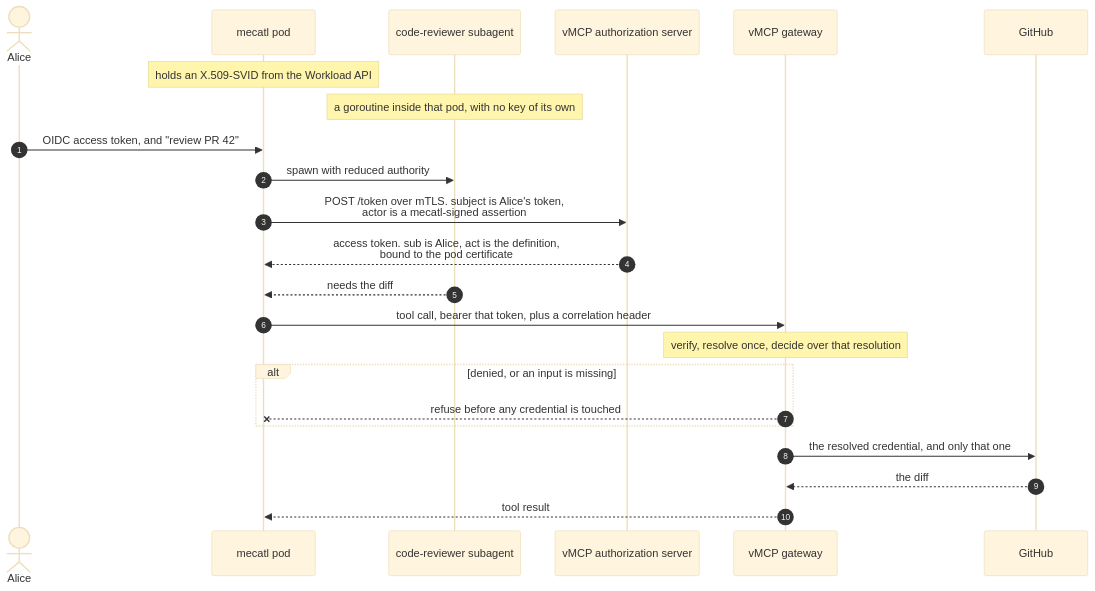
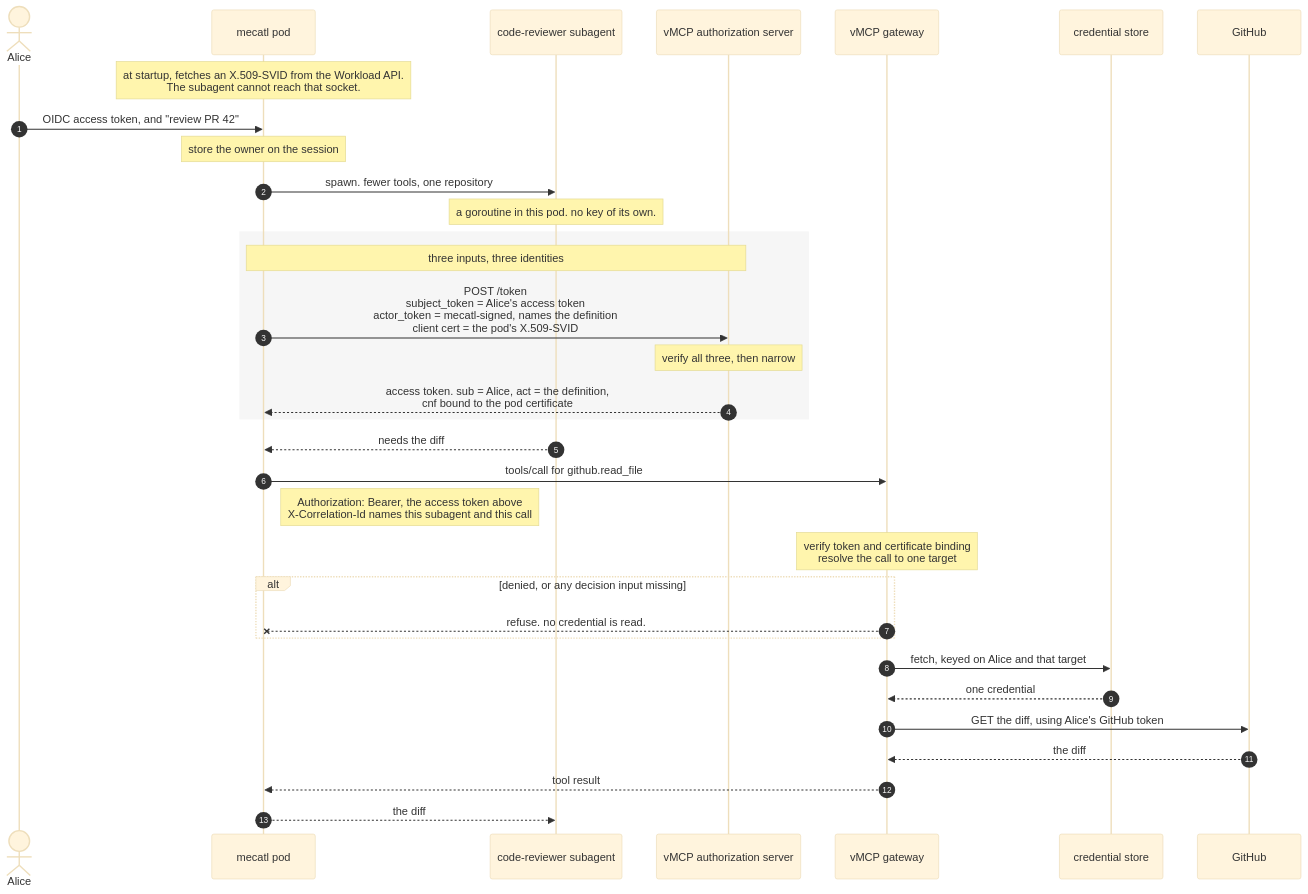
Before and after one commit to sabbanis/mecatl: the diagram in docs/agent-identity-outbound.md, drawn with Mermaid (base theme).

Commit message:
docs(agent-identity): make the diagram show what the design is about
Two things the sequence diagram left out, both load-bearing.

The pod's SVID appeared only in a note and as "over mTLS", which reads as a
transport detail rather than as one of three identities being proved. Hop 3's
whole argument is that subject, actor and client are separately authenticated —
the diagram showed two of them. The exchange now lists all three inputs.

And the credential fetch was not there at all. The gateway went straight to
GitHub, so the one step this design exists to move — read the credential only
after allow, keyed on the resolved target — was invisible. The credential store
is now a participant and the fetch is its own exchange, which also makes the
deny path meaningful: it says no credential is read, and you can see where that
read would have been.

Smaller fixes: the SVID acquisition is noted as a startup step with the detail
that the subagent cannot reach the socket, the owner-storing step at hop 1 is
shown, and the tool call is split from its headers because "bearer that token"
used bearer as a verb.

````diff
--- a/docs/agent-identity-outbound.md
+++ b/docs/agent-identity-outbound.md
@@ -104,27 +104,42 @@
 ```mermaid
 sequenceDiagram
     autonumber
     actor Alice
     participant M as mecatl pod
     participant S as code-reviewer subagent
     participant AS as vMCP authorization server
     participant G as vMCP gateway
+    participant V as credential store
     participant B as GitHub
 
-    Note over M: holds an X.509-SVID from the Workload API
-    Note over S: a goroutine inside that pod, with no key of its own
+    Note over M: at startup, fetches an X.509-SVID from the Workload API.<br/>The subagent cannot reach that socket.
 
     Alice->>M: OIDC access token, and "review PR 42"
-    M->>S: spawn with reduced authority
-    M->>AS: POST /token over mTLS. subject is Alice's token,<br/>actor is a mecatl-signed assertion
-    AS-->>M: access token. sub is Alice, act is the definition,<br/>bound to the pod certificate
+    Note over M: store the owner on the session
+
+    M->>S: spawn. fewer tools, one repository
+    Note over S: a goroutine in this pod. no key of its own.
+
+    rect rgba(128,128,128,0.07)
+    Note over M,AS: three inputs, three identities
+    M->>AS: POST /token<br/>subject_token = Alice's access token<br/>actor_token = mecatl-signed, names the definition<br/>client cert = the pod's X.509-SVID
+    Note over AS: verify all three, then narrow
+    AS-->>M: access token. sub = Alice, act = the definition,<br/>cnf bound to the pod certificate
+    end
+
     S-->>M: needs the diff
-    M->>G: tool call, bearer that token, plus a correlation header
-    Note over G: verify, resolve once, decide over that resolution
-    alt denied, or an input is missing
-        G--xM: refuse before any credential is touched
+    M->>G: tools/call for github.read_file
+    Note right of M: Authorization: Bearer, the access token above<br/>X-Correlation-Id names this subagent and this call
+
+    Note over G: verify token and certificate binding<br/>resolve the call to one target
+    alt denied, or any decision input missing
+        G--xM: refuse. no credential is read.
     end
-    G->>B: the resolved credential, and only that one
+
+    G->>V: fetch, keyed on Alice and that target
+    V-->>G: one credential
+    G->>B: GET the diff, using Alice's GitHub token
     B-->>G: the diff
     G-->>M: tool result
+    M-->>S: the diff
 ```
````
